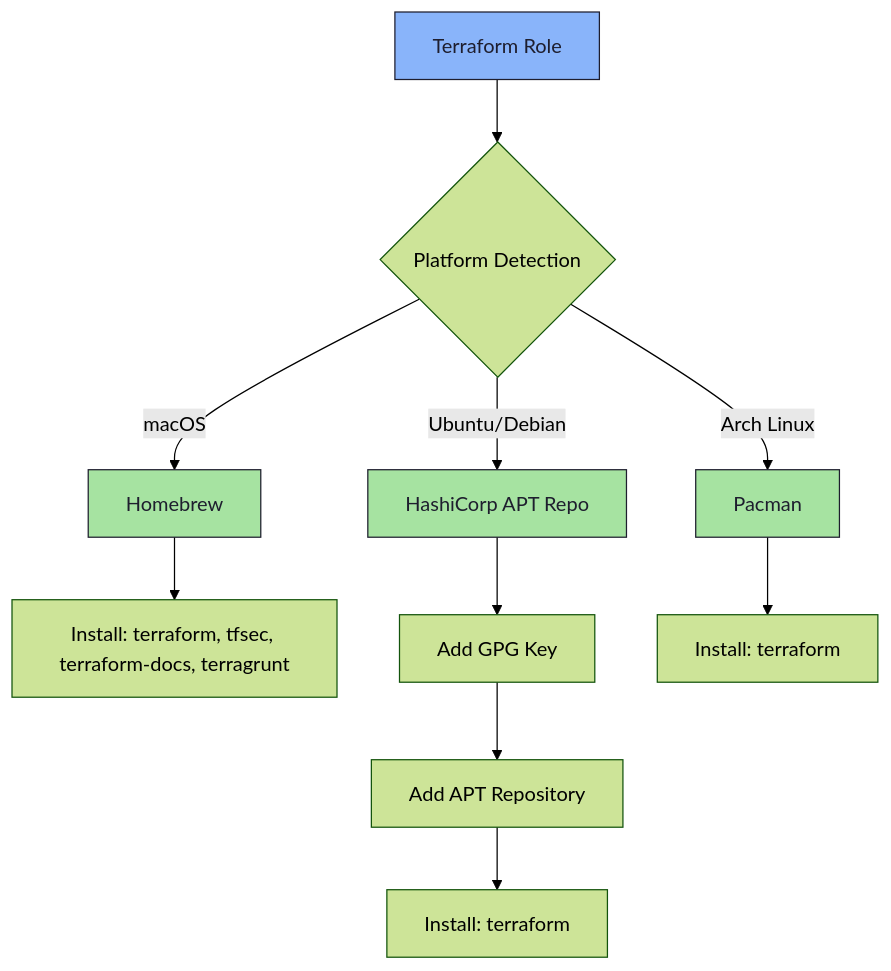
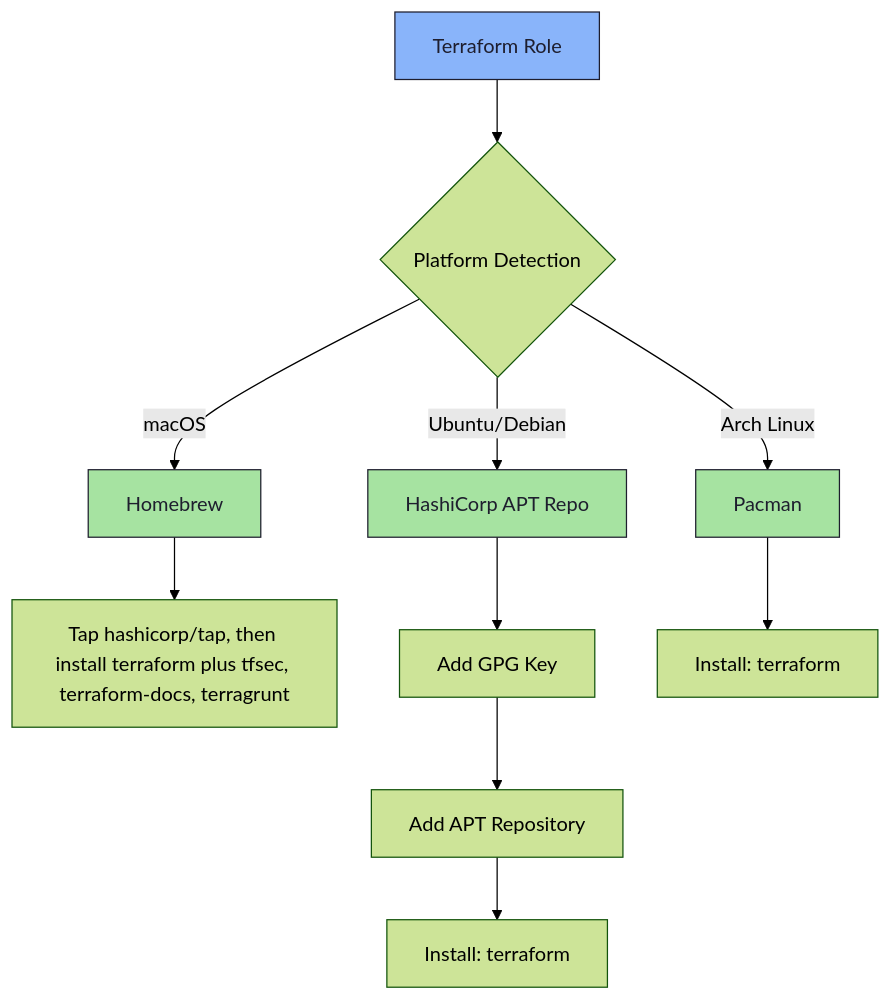
Before and after one commit to uarslandev/infra: the diagram in dotfiles/roles/terraform/README.md, drawn with Mermaid (forest theme). The commit also changed other lines of this file and 3 other files, not shown here.

First line of the commit message:
fix(terraform): install from HashiCorp tap

````diff
--- a/dotfiles/roles/terraform/README.md
+++ b/dotfiles/roles/terraform/README.md
@@ -27,16 +27,16 @@
 ```mermaid
 graph TD
     A[Terraform Role] --> B{Platform Detection}
     B -->|macOS| C[Homebrew]
     B -->|Ubuntu/Debian| D[HashiCorp APT Repo]
     B -->|Arch Linux| E[Pacman]
 
-    C --> F[Install: terraform, tfsec, terraform-docs, terragrunt]
+    C --> F[Tap hashicorp/tap, then install terraform plus tfsec, terraform-docs, terragrunt]
     D --> G[Add GPG Key] --> H[Add APT Repository] --> I[Install: terraform]
     E --> J[Install: terraform]
 
     style A fill:#89b4fa,stroke:#1e1e2e,color:#1e1e2e
     style C fill:#a6e3a1,stroke:#1e1e2e,color:#1e1e2e
     style D fill:#a6e3a1,stroke:#1e1e2e,color:#1e1e2e
     style E fill:#a6e3a1,stroke:#1e1e2e,color:#1e1e2e
 ```
````
